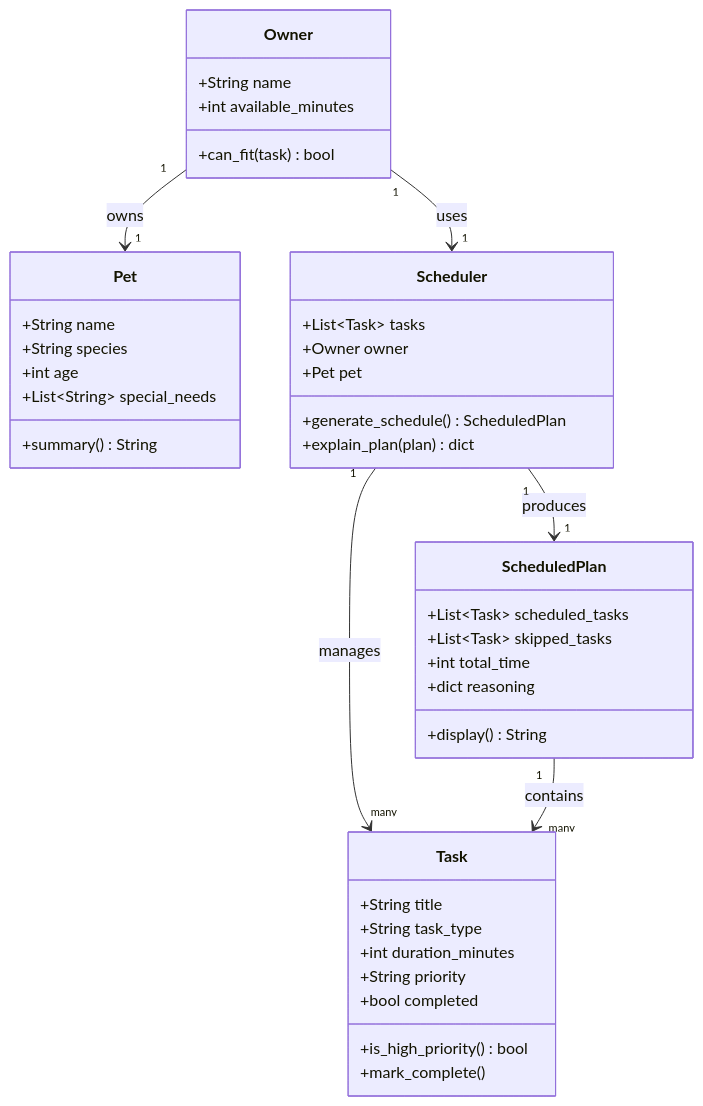
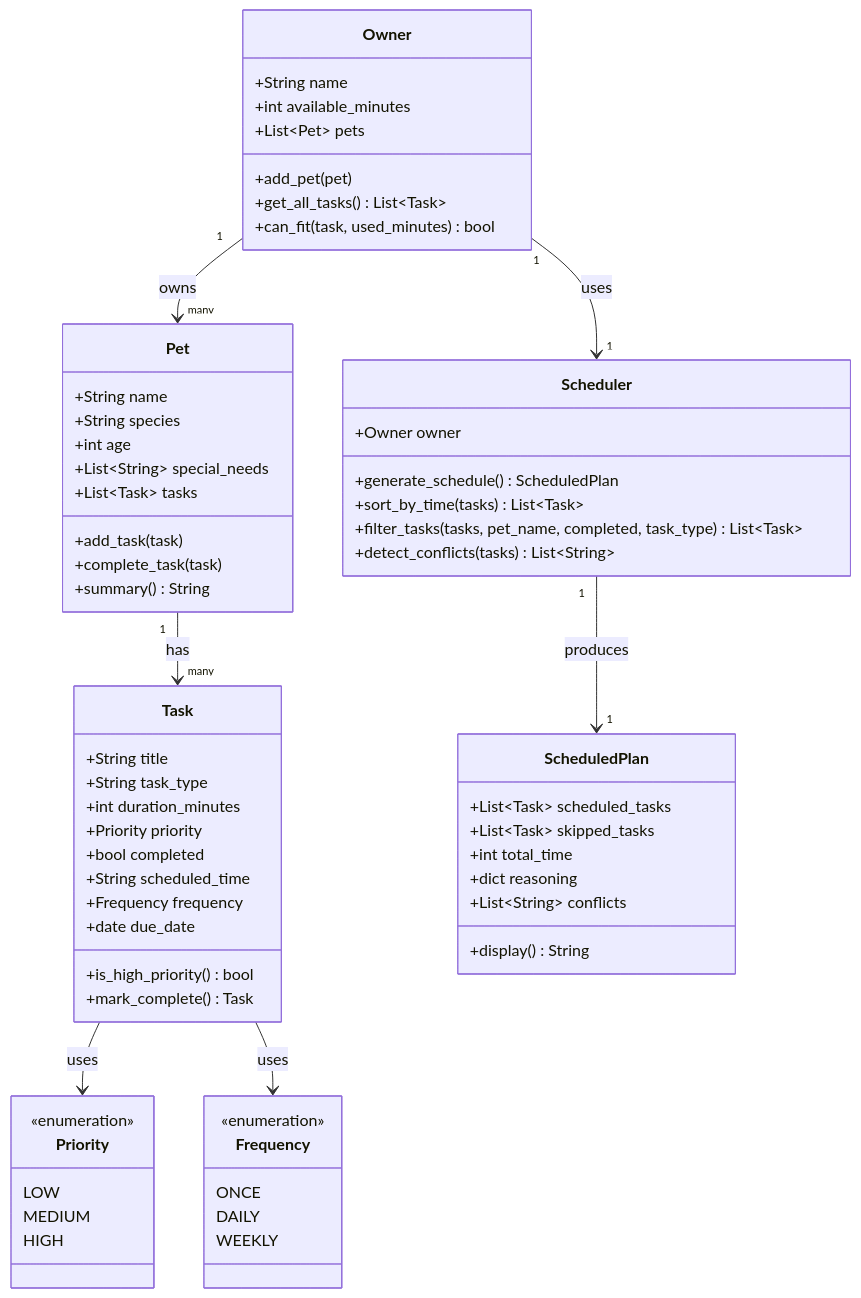
Before and after one commit to Camputron/ai110-module2show-pawpal-starter: the diagram in reflection.md, drawn with Mermaid. The commit also changed other lines of this file and 2 other files, not shown here.

Commit message:
feat: polish UI, finalize UML, complete reflection and README

````diff
--- a/reflection.md
+++ b/reflection.md
@@ -17,48 +17,73 @@
 ```mermaid
 classDiagram
-    class Owner {
-        +String name
-        +int available_minutes
-        +can_fit(task) bool
+    class Priority {
+        <<enumeration>>
+        LOW
+        MEDIUM
+        HIGH
+    }
+
+    class Frequency {
+        <<enumeration>>
+        ONCE
+        DAILY
+        WEEKLY
+    }
+
+    class Task {
+        +String title
+        +String task_type
+        +int duration_minutes
+        +Priority priority
+        +bool completed
+        +String scheduled_time
+        +Frequency frequency
+        +date due_date
+        +is_high_priority() bool
+        +mark_complete() Task
     }
 
     class Pet {
         +String name
         +String species
         +int age
         +List~String~ special_needs
+        +List~Task~ tasks
+        +add_task(task)
+        +complete_task(task)
         +summary() String
     }
 
-    class Task {
-        +String title
-        +String task_type
-        +int duration_minutes
-        +String priority
-        +bool completed
-        +is_high_priority() bool
-        +mark_complete()
+    class Owner {
+        +String name
+        +int available_minutes
+        +List~Pet~ pets
+        +add_pet(pet)
+        +get_all_tasks() List~Task~
+        +can_fit(task, used_minutes) bool
     }
 
     class Scheduler {
-        +List~Task~ tasks
         +Owner owner
-        +Pet pet
         +generate_schedule() ScheduledPlan
-        +explain_plan(plan) dict
+        +sort_by_time(tasks) List~Task~
+        +filter_tasks(tasks, pet_name, completed, task_type) List~Task~
+        +detect_conflicts(tasks) List~String~
     }
 
     class ScheduledPlan {
         +List~Task~ scheduled_tasks
         +List~Task~ skipped_tasks
         +int total_time
         +dict reasoning
+        +List~String~ conflicts
         +display() String
     }
 
-    Owner "1" --> "1" Pet : owns
+    Owner "1" --> "many" Pet : owns
+    Pet "1" --> "many" Task : has
+    Task --> Priority : uses
+    Task --> Frequency : uses
     Owner "1" --> "1" Scheduler : uses
-    Scheduler "1" --> "many" Task : manages
     Scheduler "1" --> "1" ScheduledPlan : produces
-    ScheduledPlan "1" --> "many" Task : contains
 ```
````
